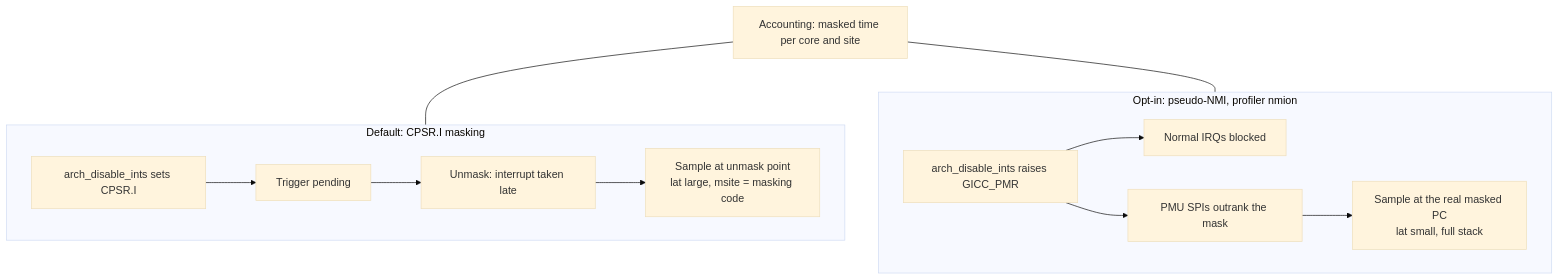
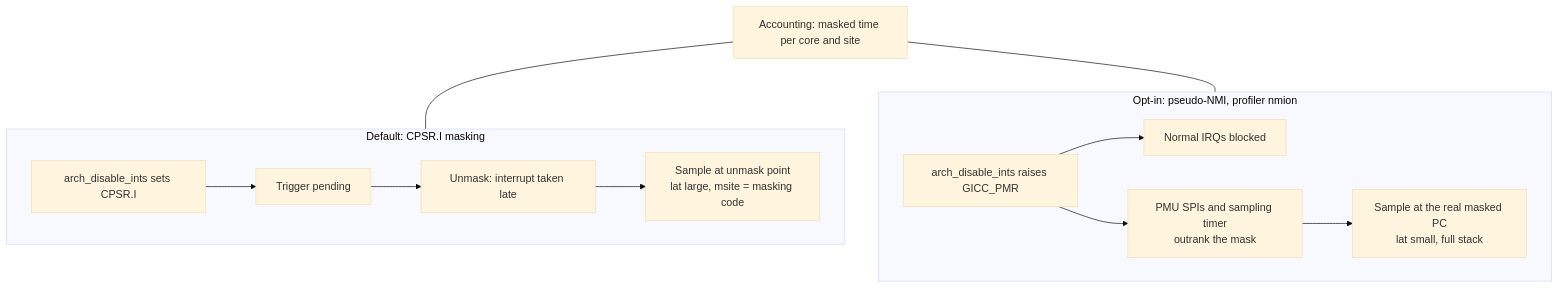
One commit to shadowfax80/lk-perf changed the third of 4 diagrams in docs/ARCHITECTURE.md. Above: the diagram before and after it, drawn with Mermaid (base theme). The commit also changed other lines of this file and 18 other files, not shown here.

````diff
--- a/docs/ARCHITECTURE.md
+++ b/docs/ARCHITECTURE.md
@@ -257,15 +269,15 @@
 ```mermaid
 flowchart TB
     subgraph Default[Default: CPSR.I masking]
         D1[arch_disable_ints sets CPSR.I] --> D2[Trigger pending]
         D2 --> D3[Unmask: interrupt taken late]
         D3 --> D4[Sample at unmask point<br/>lat large, msite = masking code]
     end
     subgraph NMI[Opt-in: pseudo-NMI, profiler nmion]
         N1[arch_disable_ints raises GICC_PMR] --> N2[Normal IRQs blocked]
-        N1 --> N3[PMU SPIs outrank the mask]
+        N1 --> N3[PMU SPIs and sampling timer<br/>outrank the mask]
         N3 --> N4[Sample at the real masked PC<br/>lat small, full stack]
     end
     Acc[Accounting: masked time per core and site] --- Default
     Acc --- NMI
 ```
````
